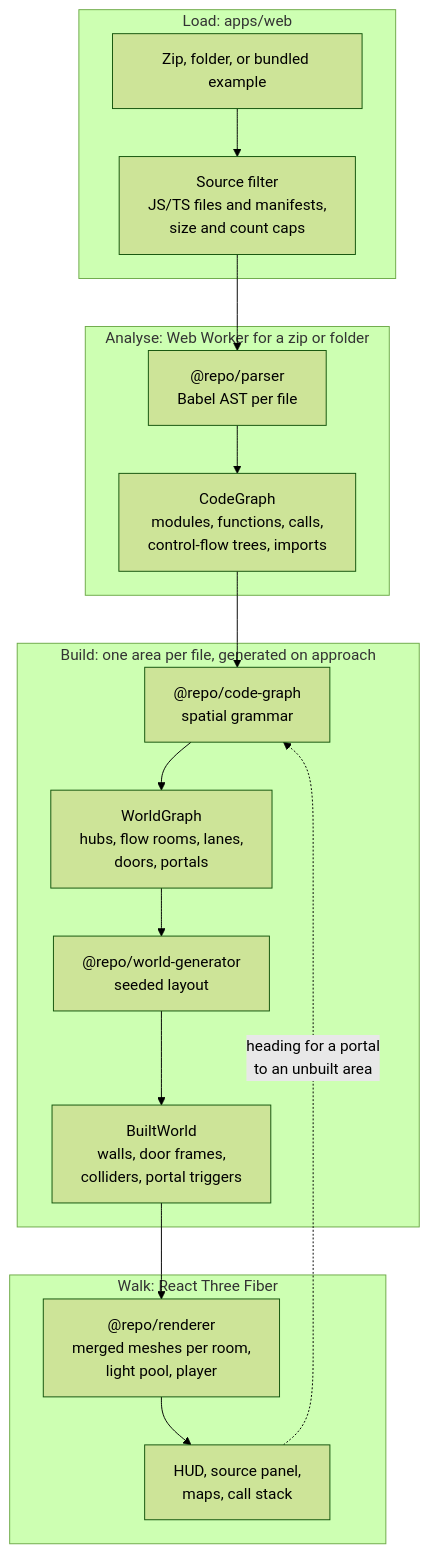
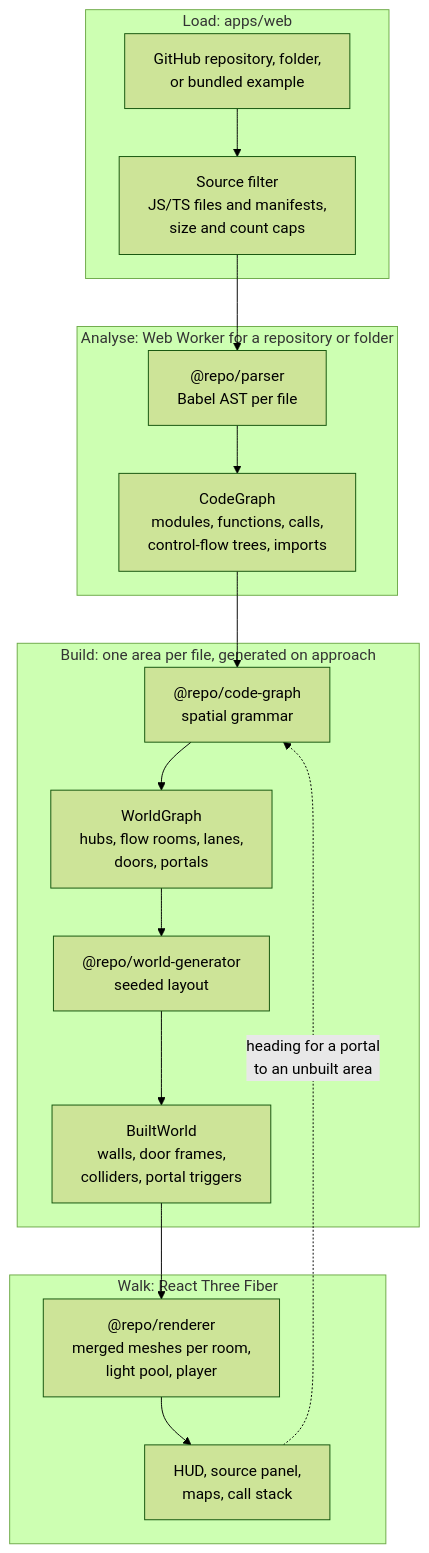
One commit to valuecodes/code-backrooms changed the diagram in README.md. Above: the diagram before and after it, drawn with Mermaid (forest theme). The commit also changed other lines of this file and 12 other files, not shown here.

Commit message:
feat: lead the landing page with GitHub and open shared links

````diff
--- a/README.md
+++ b/README.md
@@ -74,24 +81,24 @@
 ```mermaid
 flowchart TD
   subgraph load["Load: apps/web"]
-    A["Zip, folder, or bundled example"] --> B["Source filter<br/>JS/TS files and manifests,<br/>size and count caps"]
+    A["GitHub repository, folder,<br/>or bundled example"] --> B["Source filter<br/>JS/TS files and manifests,<br/>size and count caps"]
   end
 
-  subgraph analyse["Analyse: Web Worker for a zip or folder"]
+  subgraph analyse["Analyse: Web Worker for a repository or folder"]
     B --> C["@repo/parser<br/>Babel AST per file"]
     C --> D["CodeGraph<br/>modules, functions, calls,<br/>control-flow trees, imports"]
   end
 
   subgraph build["Build: one area per file, generated on approach"]
     D --> E["@repo/code-graph<br/>spatial grammar"]
     E --> F["WorldGraph<br/>hubs, flow rooms, lanes,<br/>doors, portals"]
     F --> G["@repo/world-generator<br/>seeded layout"]
     G --> H["BuiltWorld<br/>walls, door frames,<br/>colliders, portal triggers"]
   end
 
   subgraph play["Walk: React Three Fiber"]
     H --> I["@repo/renderer<br/>merged meshes per room,<br/>light pool, player"]
     I --> J["HUD, source panel,<br/>maps, call stack"]
     J -. "heading for a portal<br/>to an unbuilt area" .-> E
   end
 ```
````
